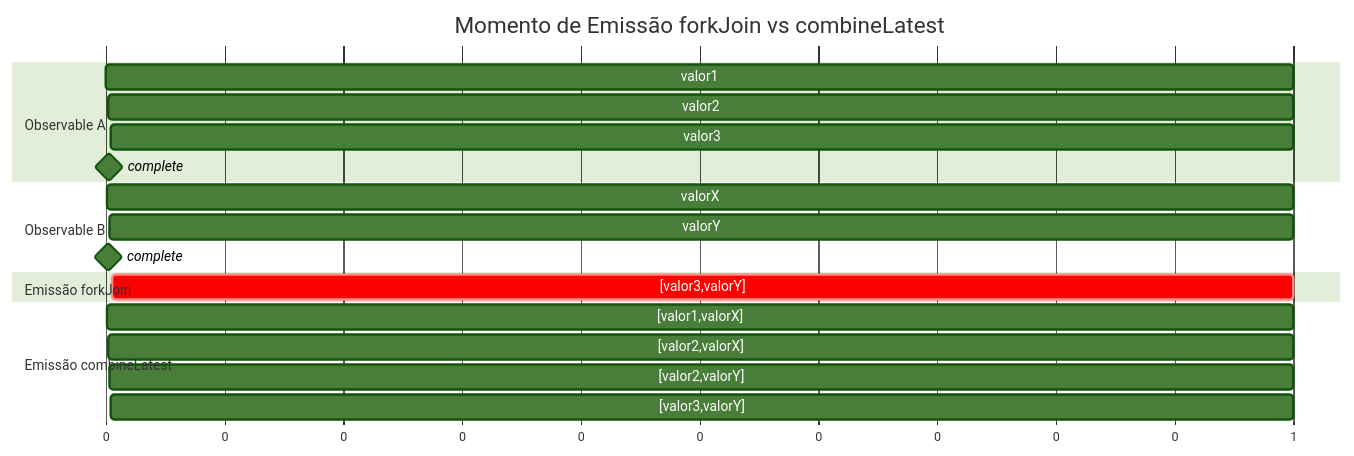
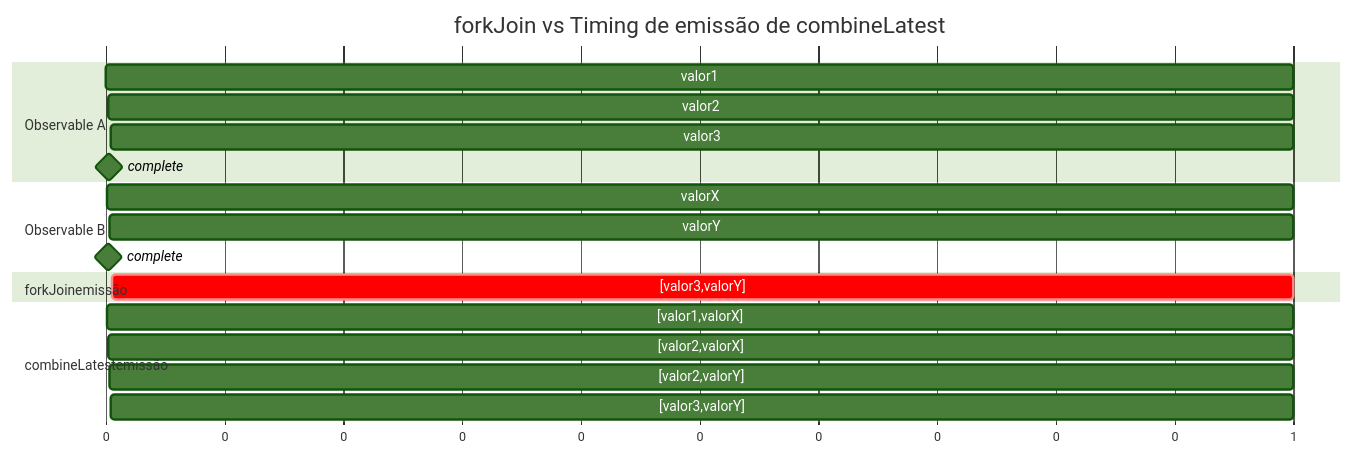
One commit to shuji-bonji/RxJS-with-TypeScript changed the third of 4 diagrams in docs/pt/guide/creation-functions/combination/forkJoin-vs-combineLatest.md. Above: the diagram before and after it, drawn with Mermaid (forest theme). The commit also changed other lines of this file and 6 other files, not shown here.

Commit message:
fix: forkJoin と combineLatest の違い の各翻訳ギャップを訂正

````diff
--- a/docs/pt/guide/creation-functions/combination/forkJoin-vs-combineLatest.md
+++ b/docs/pt/guide/creation-functions/combination/forkJoin-vs-combineLatest.md
@@ -79,26 +80,26 @@
 ```mermaid
 gantt
-    title Momento de Emissão forkJoin vs combineLatest
+    title forkJoin vs Timing de emissão de combineLatest
     dateFormat X
     axisFormat %s
 
     section Observable A
     valor1 :a1, 0, 1
     valor2 :a2, 2, 1
     valor3 :a3, 4, 1
     complete :milestone, a_done, 5, 0
 
     section Observable B
     valorX :b1, 1, 1
     valorY :b2, 3, 1
     complete :milestone, b_done, 4, 0
 
-    section Emissão forkJoin
+    section forkJoinemissão
     [valor3,valorY] :crit, fork_out, 5, 1
 
-    section Emissão combineLatest
+    section combineLatestemissão
     [valor1,valorX] :c1, 1, 1
     [valor2,valorX] :c2, 2, 1
     [valor2,valorY] :c3, 3, 1
     [valor3,valorY] :c4, 4, 1
 ```
````
